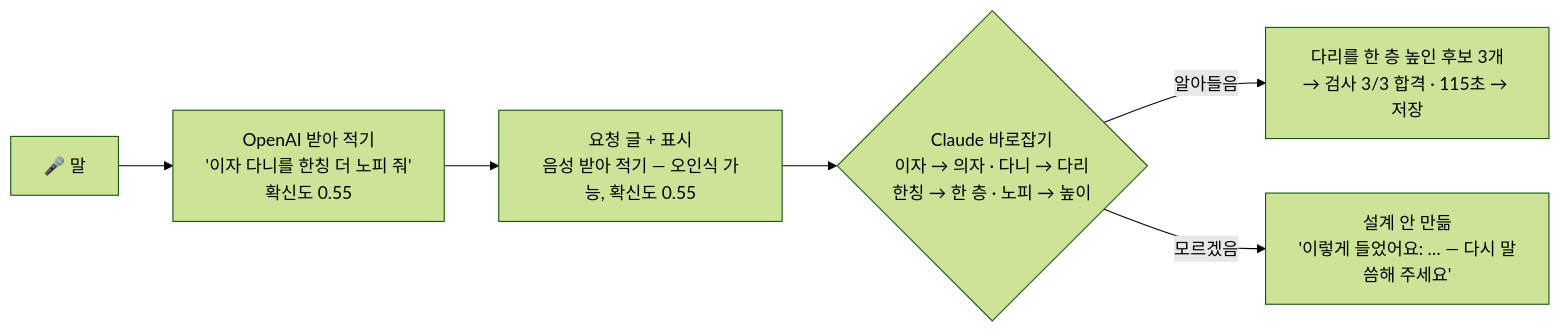
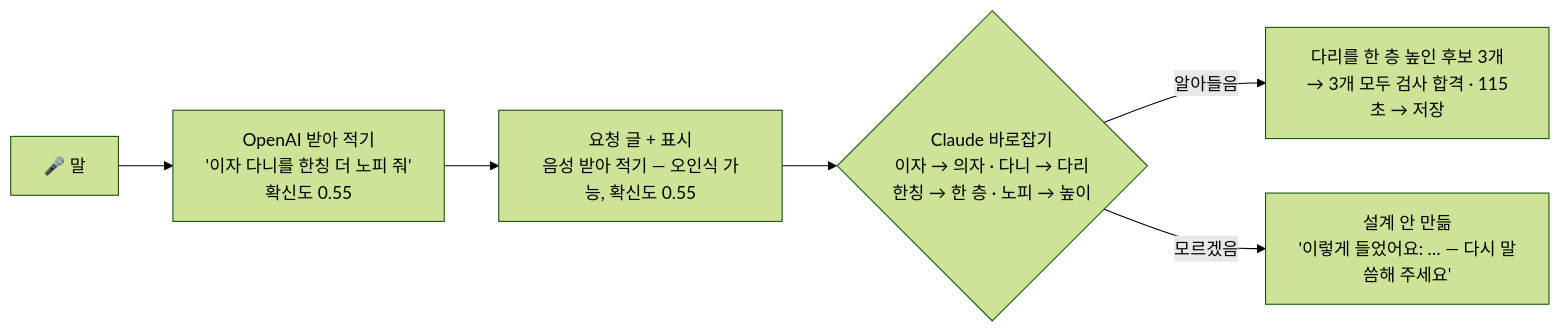
One commit to hwang-injae/buildmind changed the first of 4 diagrams in README.md. Above: the diagram before and after it, drawn with Mermaid (forest theme). The commit also changed other lines of this file, not shown here.

````diff
--- a/README.md
+++ b/README.md
@@ -76,8 +76,8 @@
 ```mermaid
 flowchart LR
     M["🎤 말"] --> S["OpenAI 받아 적기<br/>'이자 다니를 한칭 더 노피 줘'<br/>확신도 0.55"]
     S --> T["요청 글 + 표시<br/>음성 받아 적기 — 오인식 가능, 확신도 0.55"]
     T --> C{"Claude 바로잡기<br/>이자 → 의자 · 다니 → 다리<br/>한칭 → 한 층 · 노피 → 높이"}
-    C -- "알아들음" --> D["다리를 한 층 높인 후보 3개<br/>→ 검사 3/3 합격 · 115초 → 저장"]
+    C -- "알아들음" --> D["다리를 한 층 높인 후보 3개<br/>→ 3개 모두 검사 합격 · 115초 → 저장"]
     C -- "모르겠음" --> U["설계 안 만듦<br/>'이렇게 들었어요: … — 다시 말씀해 주세요'"]
 ```
````
